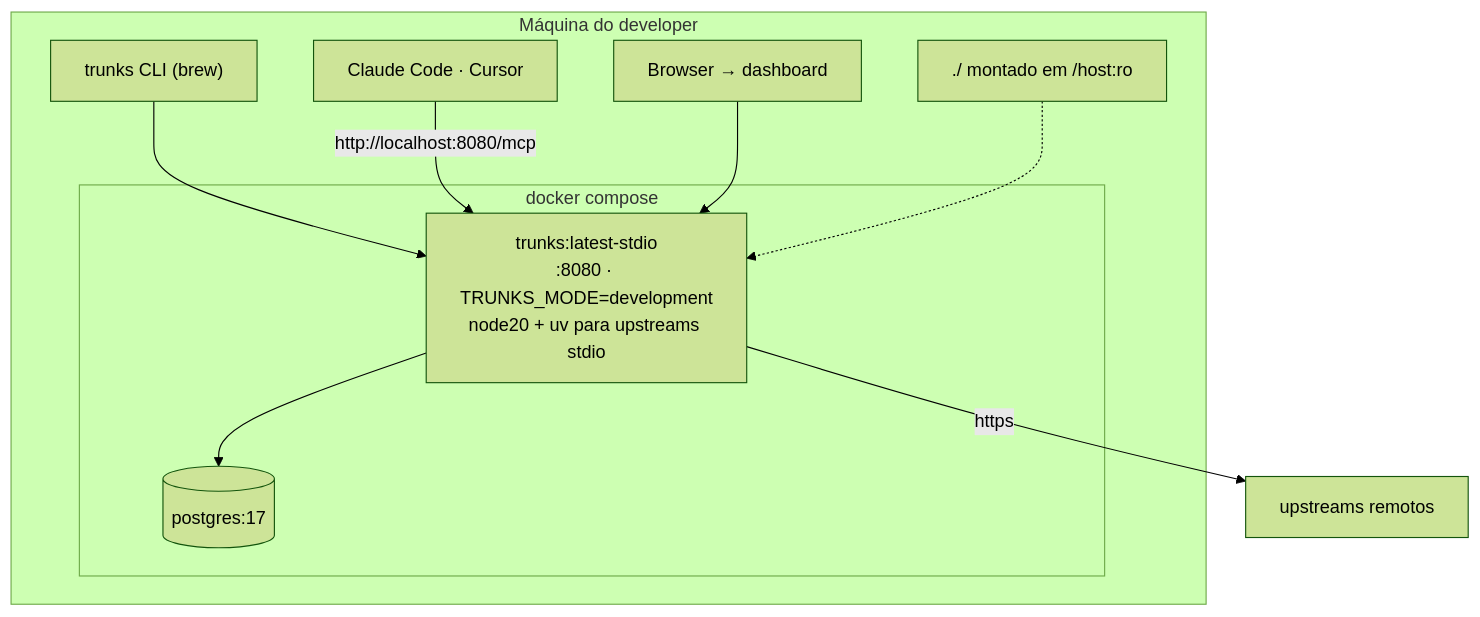
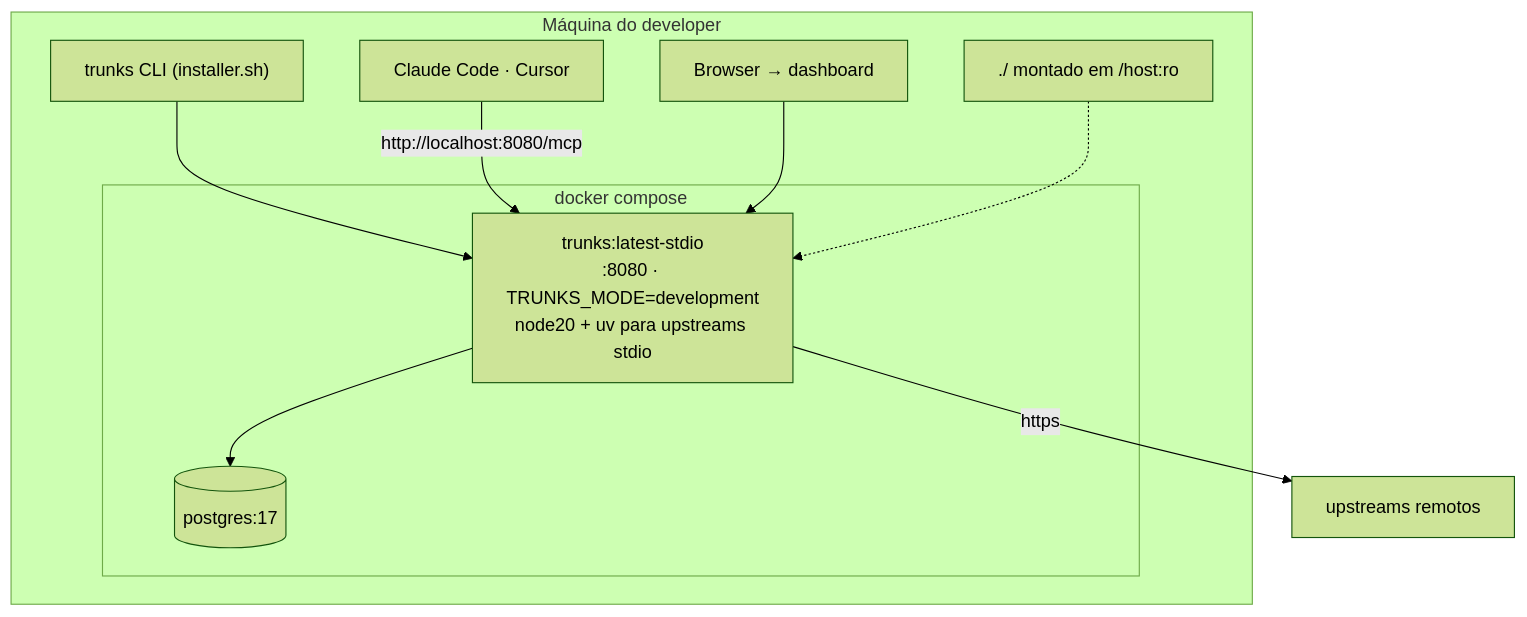
Diagram 12 of 15 in docs/04-arquitectura.md (websublime/trunks), drawn with Mermaid (forest theme) before and after one commit. The commit also changed other lines of this file and 6 other files, not shown here.

````diff
--- a/docs/04-arquitectura.md
+++ b/docs/04-arquitectura.md
@@ -467,15 +467,15 @@
 ```mermaid
 flowchart TB
     subgraph host["Máquina do developer"]
         subgraph compose["docker compose"]
             t["trunks:latest-stdio<br/>:8080 · TRUNKS_MODE=development<br/>node20 + uv para upstreams stdio"]
             pg[("postgres:17")]
             t --> pg
         end
-        cli["trunks CLI (brew)"] --> t
+        cli["trunks CLI (installer.sh)"] --> t
         ide["Claude Code · Cursor"] -- "http://localhost:8080/mcp" --> t
         br["Browser → dashboard"] --> t
         fs["./ montado em /host:ro"] -.-> t
     end
     t -- "https" --> ext["upstreams remotos"]
 ```
````
